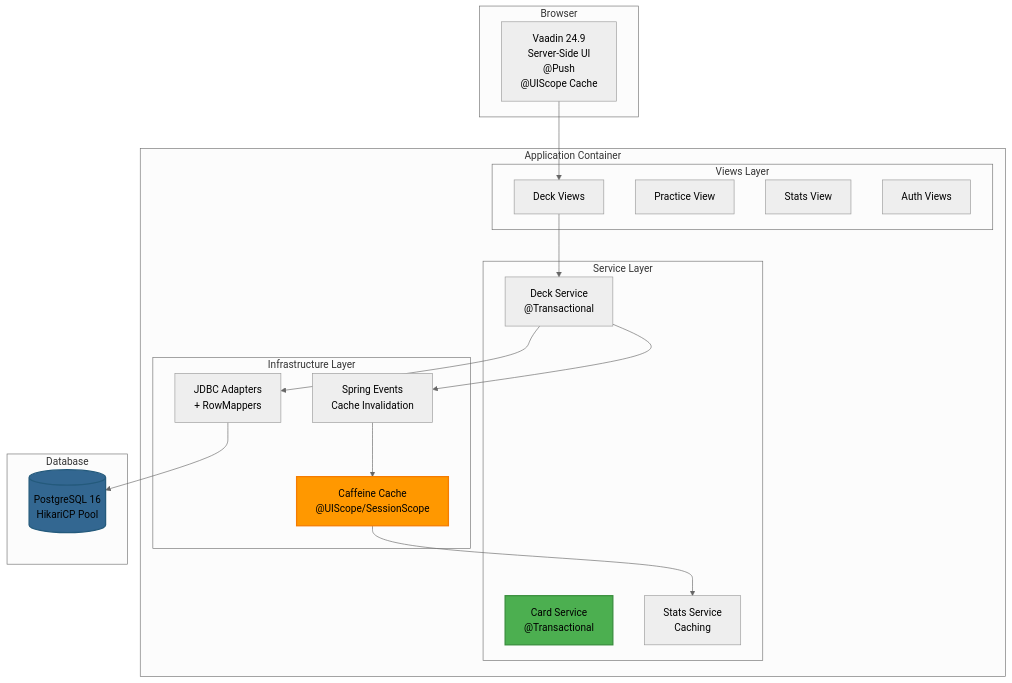
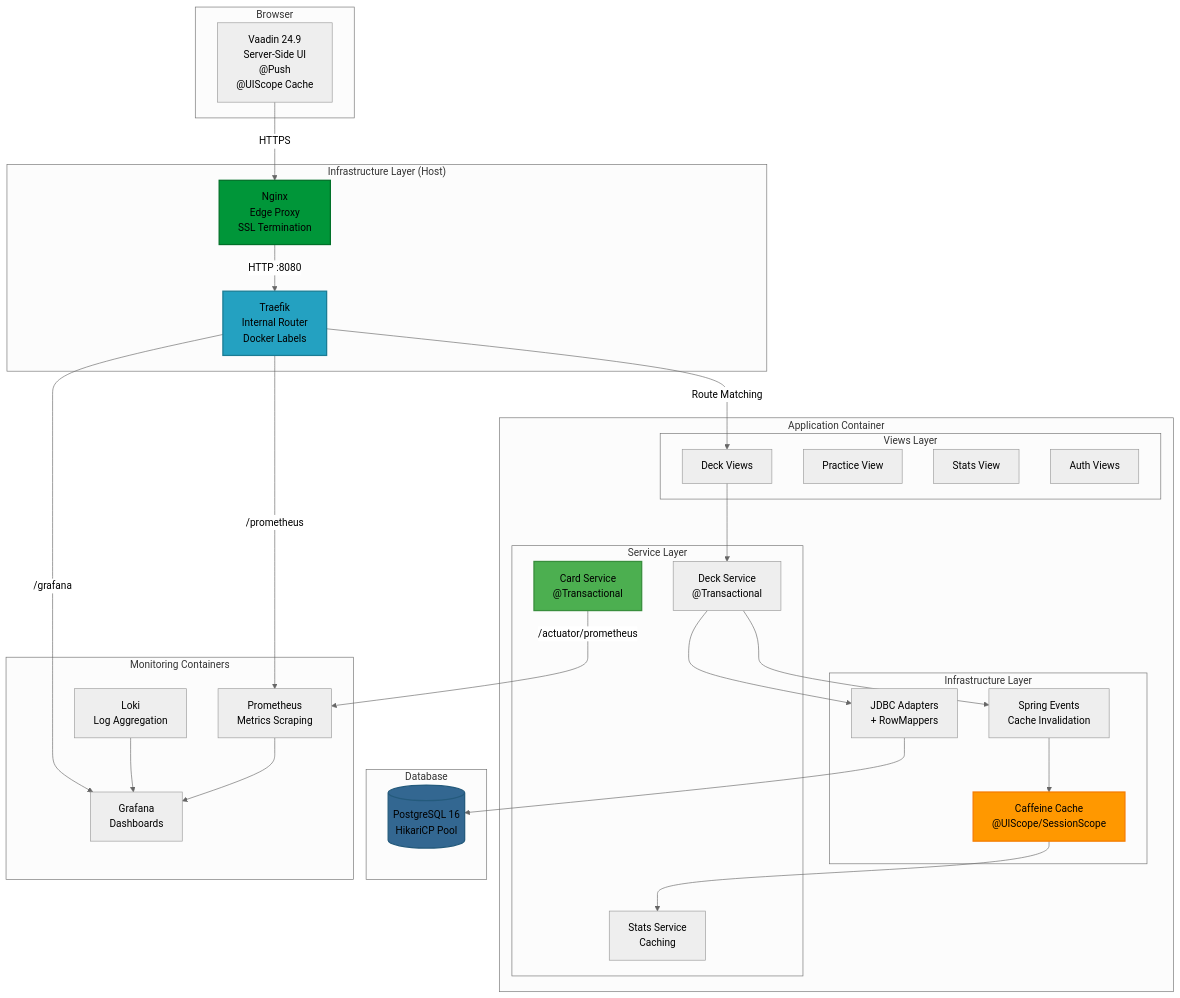
The second of 9 diagrams in docs/architecture.md (apolenkov/memocards), drawn with Mermaid (neutral theme) before and after one commit. The commit also changed other lines of this file and 9 other files, not shown here.

First line of the commit message:
feat(infrastructure): enhance Traefik and Nginx configurations for improved routing and monitoring

````diff
--- a/docs/architecture.md
+++ b/docs/architecture.md
@@ -45,44 +45,66 @@
 ```mermaid
 graph TB
     subgraph "Browser"
         UI[Vaadin 24.9<br/>Server-Side UI<br/>@Push<br/>@UIScope Cache]
+    end
+    
+    subgraph "Infrastructure Layer (Host)"
+        Nginx[Nginx<br/>Edge Proxy<br/>SSL Termination]
+        Traefik[Traefik<br/>Internal Router<br/>Docker Labels]
     end
     
     subgraph "Application Container"
         subgraph "Views Layer"
             DeckView[Deck Views]
             PracticeView[Practice View]
             StatsView[Stats View]
             AuthView[Auth Views]
         end
         
         subgraph "Service Layer"
             CardService[Card Service<br/>@Transactional]
             DeckService[Deck Service<br/>@Transactional]
             StatsService[Stats Service<br/>Caching]
         end
         
         subgraph "Infrastructure Layer"
             JDBC[JDBC Adapters<br/>+ RowMappers]
             Cache[Caffeine Cache<br/>@UIScope/SessionScope]
             Events[Spring Events<br/>Cache Invalidation]
         end
     end
     
     subgraph "Database"
         PG[(PostgreSQL 16<br/>HikariCP Pool)]
     end
     
-    UI --> DeckView
+    subgraph "Monitoring Containers"
+        Prometheus[Prometheus<br/>Metrics Scraping]
+        Grafana[Grafana<br/>Dashboards]
+        Loki[Loki<br/>Log Aggregation]
+    end
+    
+    UI -->|HTTPS| Nginx
+    Nginx -->|HTTP :8080| Traefik
+    Traefik -->|Route Matching| DeckView
+    
     DeckView --> DeckService
     DeckService --> JDBC
     JDBC --> PG
     
     DeckService --> Events
     Events --> Cache
     Cache --> StatsService
     
+    CardService -->|/actuator/prometheus| Prometheus
+    Prometheus --> Grafana
+    Loki --> Grafana
+    Traefik -->|/grafana| Grafana
+    Traefik -->|/prometheus| Prometheus
+    
+    style Nginx fill:#009639,stroke:#007028,stroke-width:2px
+    style Traefik fill:#24a1c1,stroke:#1a7c94,stroke-width:2px
     style CardService fill:#4caf50,stroke:#388e3c,stroke-width:2px
     style Cache fill:#ff9800,stroke:#f57c00,stroke-width:2px
     style PG fill:#336791,stroke:#245a7c,stroke-width:2px
 ```
````
